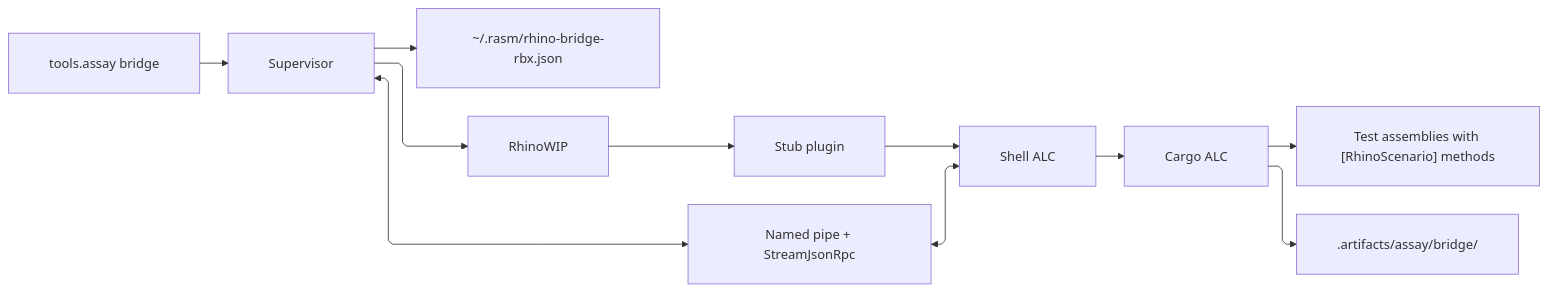
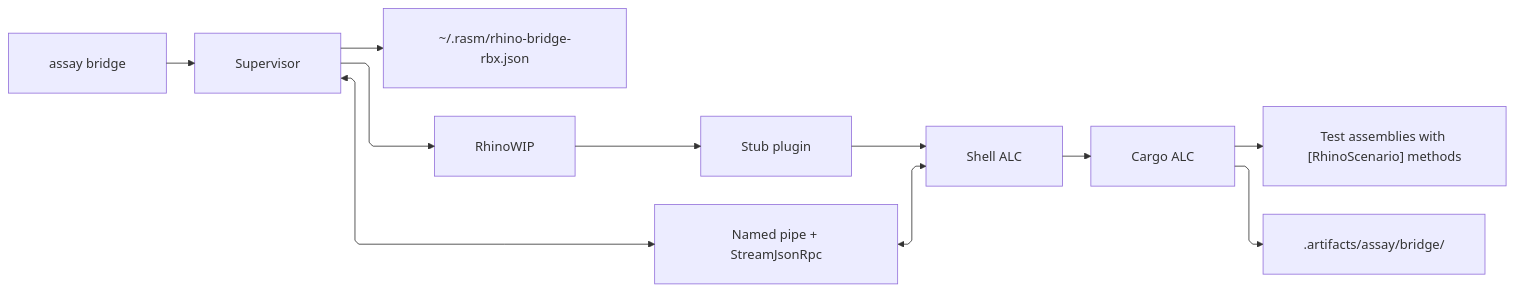
The diagram in tools/rhino-bridge/README.md (bsamiee/Rasm), drawn with Mermaid before and after one commit. The commit also changed other lines of this file and 571 other files, not shown here.

````diff
--- a/tools/rhino-bridge/README.md
+++ b/tools/rhino-bridge/README.md
@@ -97,22 +97,22 @@
 ```mermaid
 ---
 config:
   layout: elk
   flowchart:
     curve: linear
     padding: 25
 ---
 flowchart LR
     accTitle: Bridge session architecture
     accDescr: Assay drives the supervisor, which launches or reuses RhinoWIP, connects to the shell ALC over a named pipe, loads cargo, and folds scenario evidence into the run report directory.
-    Assay["tools.assay bridge"] --> Supervisor["Supervisor"]
+    Assay["assay bridge"] --> Supervisor["Supervisor"]
     Supervisor --> Endpoint["~/.rasm/rhino-bridge-rbx.json"]
     Supervisor --> Rhino["RhinoWIP"]
     Rhino --> Stub["Stub plugin"]
     Stub --> Shell["Shell ALC"]
     Supervisor <--> Pipe["Named pipe + StreamJsonRpc"]
     Pipe <--> Shell
     Shell --> Cargo["Cargo ALC"]
     Cargo --> Scenarios["Test assemblies with [RhinoScenario] methods"]
     Cargo --> ReportDir[".artifacts/assay/bridge/<runId>"]
 ```
````
